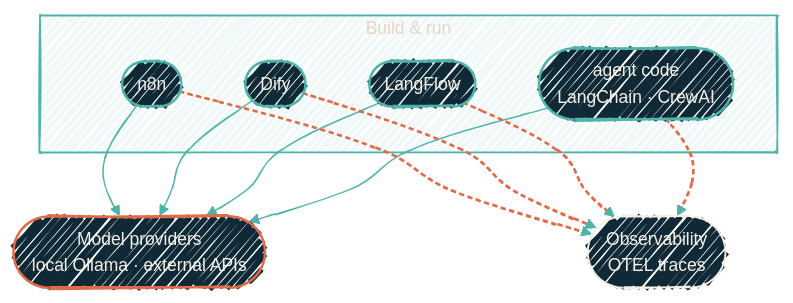
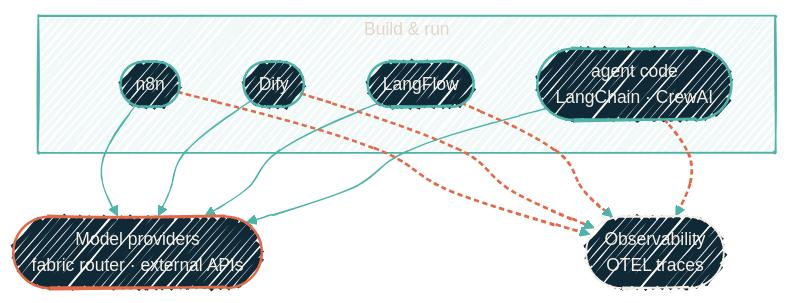
The diagram in ai-development/ai-orchestration-stack.mdx (dryvist/docs), drawn with Mermaid before and after one commit. The commit also changed 1 other file, not shown here.

Commit message:
docs(local-llm): homelab GPU page rewritten to the routed fabric
The page described the retired single-backend world (hermes-infer Ollama
+ hermes-chat). Rewrite to the shipped design: the LiteLLM router pool
at llm.<domain>/v1 as the sole endpoint, llama-swap + llama.cpp fast
tier on the RX 6800, the Apple-Silicon heavy backend behind its gate,
the CPU standby, and chat.<domain> for Open WebUI. Orchestration mermaid
now names the fabric router instead of local Ollama.

Claude-Session: https://claude.ai/code/session_01SLpU9zVuAPzC8aJLGAKhdj

````diff
--- a/ai-development/ai-orchestration-stack.mdx
+++ b/ai-development/ai-orchestration-stack.mdx
@@ -43,31 +43,31 @@
 ```mermaid
 %%{init: {'theme':'base','look':'handDrawn','themeVariables':{'fontFamily':'Geist','fontSize':'14px','primaryColor':'#102937','primaryTextColor':'#F4EFE6','primaryBorderColor':'#4FB3A9','lineColor':'#4FB3A9','secondaryColor':'#0B1D2A','tertiaryColor':'#1A2A38','clusterBkg':'rgba(79,179,169,0.08)','clusterBorder':'#4FB3A9'}}}%%
 flowchart TB
   subgraph build [Build & run]
     N8N([n8n])
     DIFY([Dify])
     LF([LangFlow])
     AX([agent code<br/>LangChain · CrewAI])
   end
-  MODELS([Model providers<br/>local Ollama · external APIs])
+  MODELS([Model providers<br/>fabric router · external APIs])
   OBS([Observability<br/>OTEL traces])
 
   N8N --> MODELS
   DIFY --> MODELS
   LF --> MODELS
   AX --> MODELS
   N8N -.-> OBS
   DIFY -.-> OBS
   LF -.-> OBS
   AX -.-> OBS
 
   classDef svc fill:#102937,stroke:#4FB3A9,stroke-width:2px,color:#F4EFE6;
   classDef core fill:#102937,stroke:#E06B4A,stroke-width:2px,color:#F4EFE6;
   classDef obs fill:#102937,stroke:#F4EFE6,stroke-width:1.5px,color:#F4EFE6;
 
   class N8N,DIFY,LF,AX svc
   class MODELS core
   class OBS obs
 
   linkStyle 4,5,6,7 stroke:#E06B4A,stroke-width:2px,stroke-dasharray:4 3;
 ```
````
